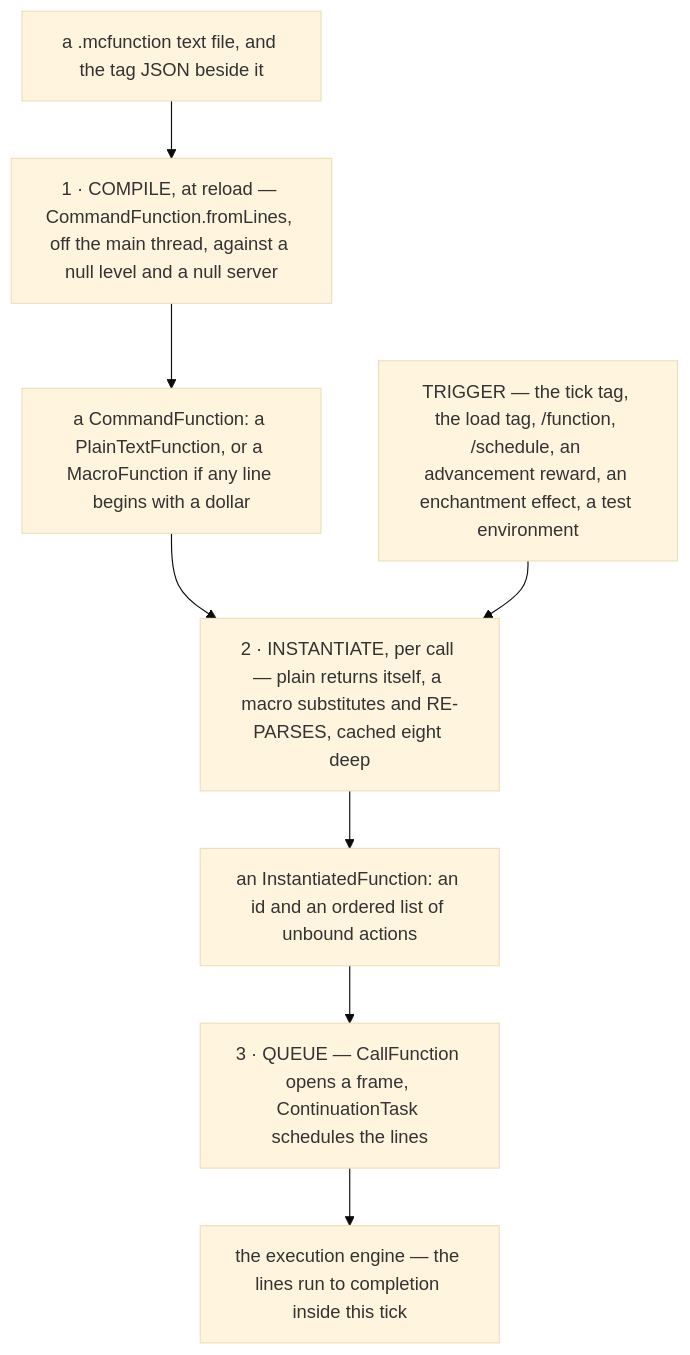
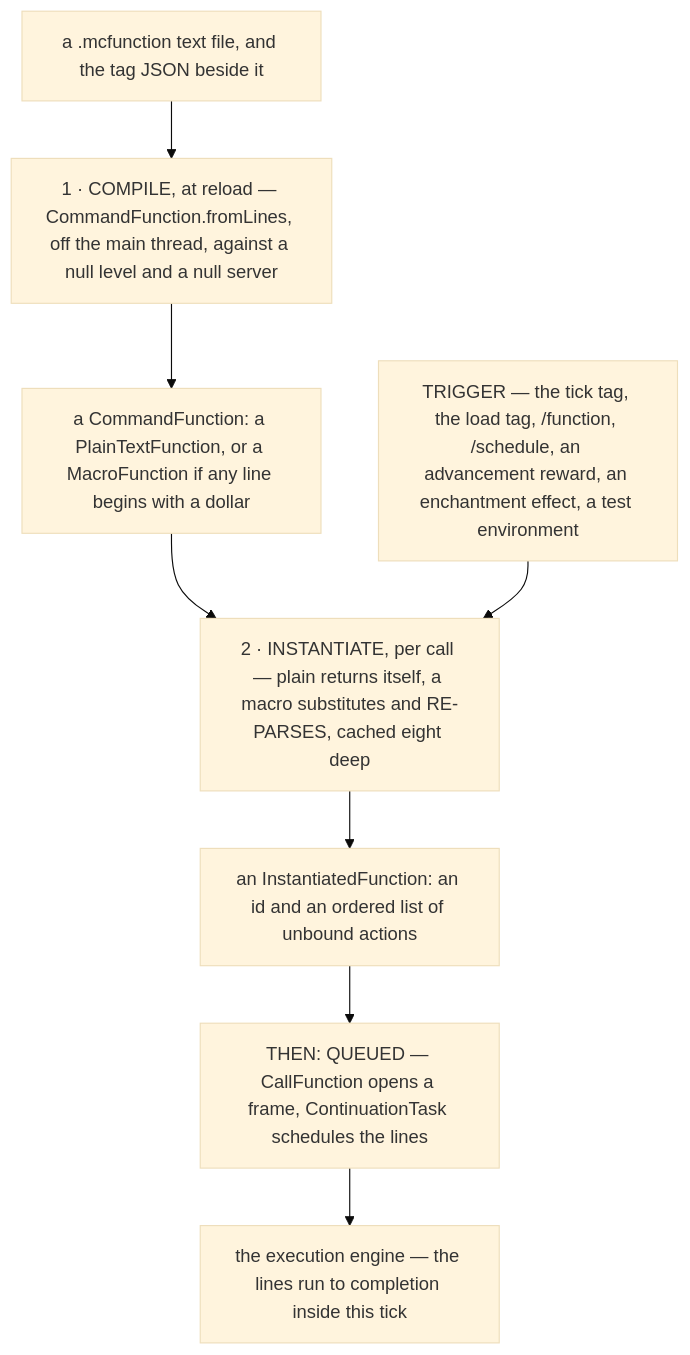
One commit to AlexanderjFraser/MinecraftDocs changed the diagram in src/systems/commands/functions-and-macros.md. Above: the diagram before and after it, drawn with Mermaid (base theme). The commit also changed other lines of this file and 15 other files, not shown here.

````diff
--- a/src/systems/commands/functions-and-macros.md
+++ b/src/systems/commands/functions-and-macros.md
@@ -21,12 +23,12 @@
 ```mermaid
 flowchart TB
     F["a .mcfunction text file, and the tag JSON beside it"]
     F --> C["1 · COMPILE, at reload — CommandFunction.fromLines, off the main thread, against a null level and a null server"]
     C --> P["a CommandFunction: a PlainTextFunction, or a MacroFunction if any line begins with a dollar"]
     T["TRIGGER — the tick tag, the load tag, /function, /schedule, an advancement reward, an enchantment effect, a test environment"]
     P --> I["2 · INSTANTIATE, per call — plain returns itself, a macro substitutes and RE-PARSES, cached eight deep"]
     T --> I
     I --> R["an InstantiatedFunction: an id and an ordered list of unbound actions"]
-    R --> Q["3 · QUEUE — CallFunction opens a frame, ContinuationTask schedules the lines"]
+    R --> Q["THEN: QUEUED — CallFunction opens a frame, ContinuationTask schedules the lines"]
     Q --> E["the execution engine — the lines run to completion inside this tick"]
 ```
````
